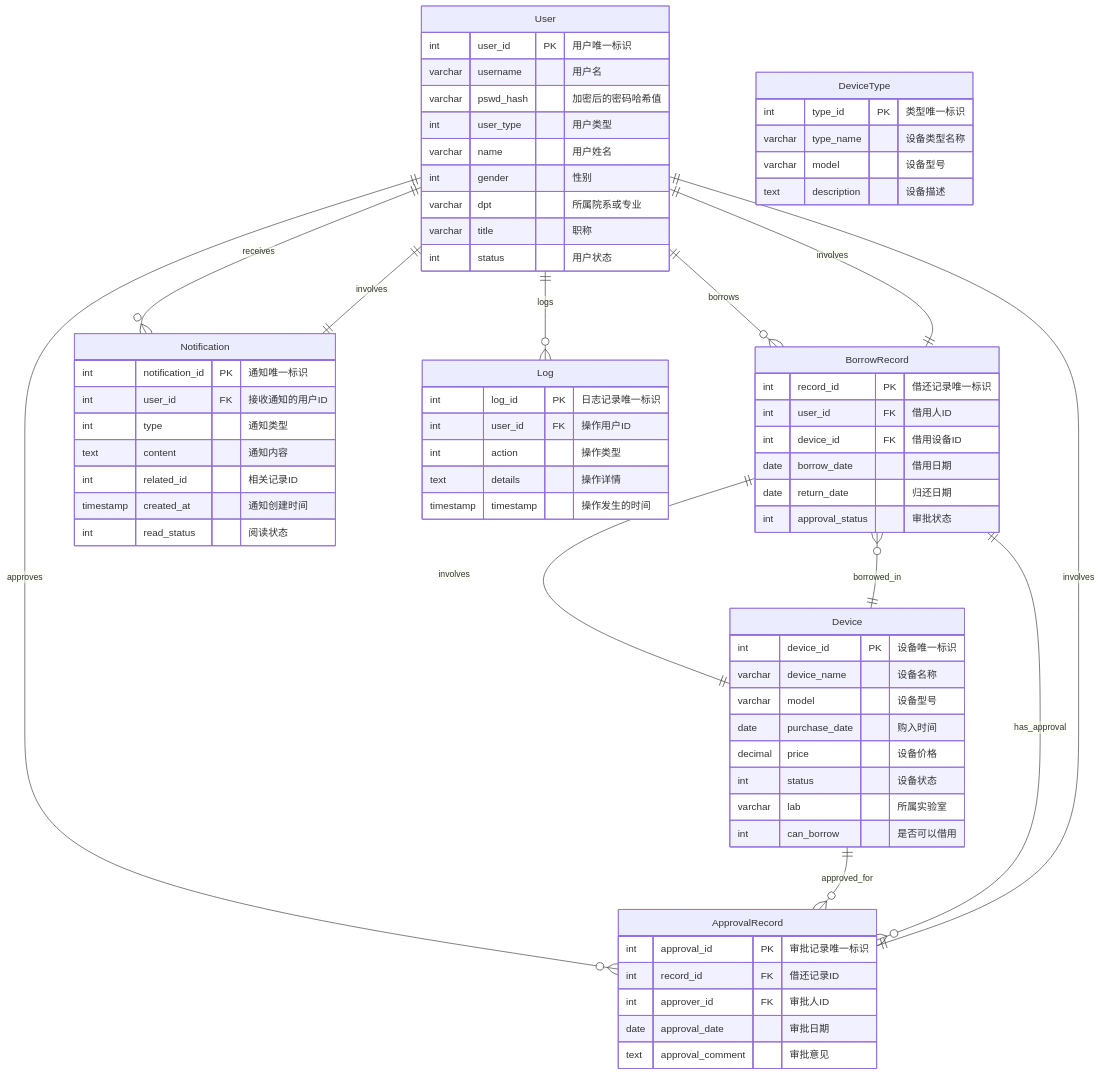
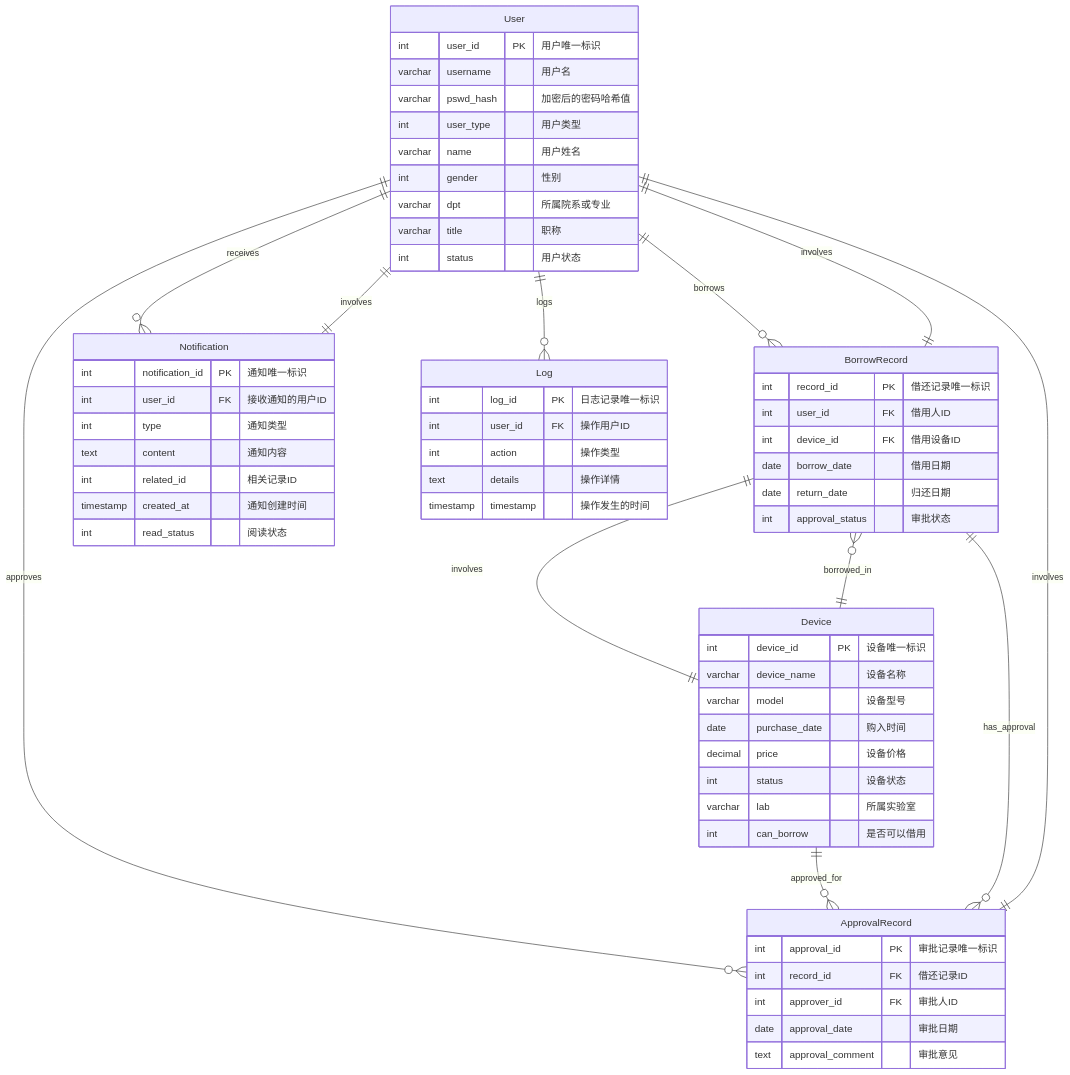
Before and after one commit to darrindeyoung791/equipment_mgr: the first of 2 diagrams in README.md, drawn with Mermaid. The commit also changed other lines of this file, not shown here.

````diff
--- a/README.md
+++ b/README.md
@@ -149,79 +164,72 @@
 ```mermaid
 erDiagram
     User ||--o{ BorrowRecord : borrows
     User ||--o{ Notification : receives
     User ||--o{ ApprovalRecord : approves
     User ||--o{ Log : logs
     Device ||--o{ BorrowRecord : borrowed_in
     Device ||--o{ ApprovalRecord : approved_for
     BorrowRecord ||--o{ ApprovalRecord : has_approval
     BorrowRecord ||--|| Device : involves
     BorrowRecord ||--|| User : involves
     ApprovalRecord ||--|| User : involves
     Notification ||--|| User : involves
 
     User {
         int user_id PK "用户唯一标识"
         varchar username "用户名"
         varchar pswd_hash "加密后的密码哈希值"
         int user_type "用户类型"
         varchar name "用户姓名"
         int gender "性别"
         varchar dpt "所属院系或专业"
         varchar title "职称"
         int status "用户状态"
     }
 
     Device {
         int device_id PK "设备唯一标识"
         varchar device_name "设备名称"
         varchar model "设备型号"
         date purchase_date "购入时间"
         decimal price "设备价格"
         int status "设备状态"
         varchar lab "所属实验室"
         int can_borrow "是否可以借用"
     }
 
     BorrowRecord {
         int record_id PK "借还记录唯一标识"
         int user_id FK "借用人ID"
         int device_id FK "借用设备ID"
         date borrow_date "借用日期"
         date return_date "归还日期"
         int approval_status "审批状态"
     }
 
     ApprovalRecord {
         int approval_id PK "审批记录唯一标识"
         int record_id FK "借还记录ID"
         int approver_id FK "审批人ID"
         date approval_date "审批日期"
         text approval_comment "审批意见"
     }
 
     Notification {
         int notification_id PK "通知唯一标识"
         int user_id FK "接收通知的用户ID"
         int type "通知类型"
         text content "通知内容"
         int related_id "相关记录ID"
         timestamp created_at "通知创建时间"
         int read_status "阅读状态"
     }
 
     Log {
         int log_id PK "日志记录唯一标识"
         int user_id FK "操作用户ID"
         int action "操作类型"
         text details "操作详情"
         timestamp timestamp "操作发生的时间"
     }
-
-    DeviceType {
-        int type_id PK "类型唯一标识"
-        varchar type_name "设备类型名称"
-        varchar model "设备型号"
-        text description "设备描述"
-    }
 ```
````
